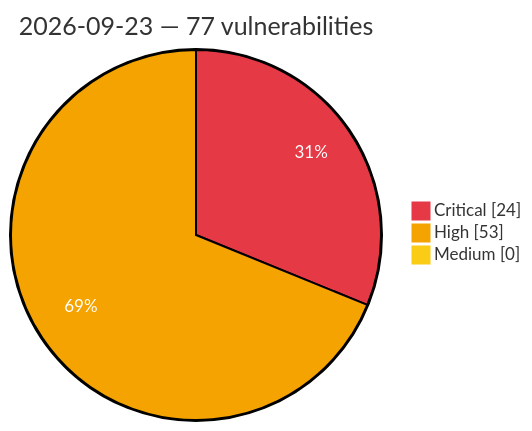
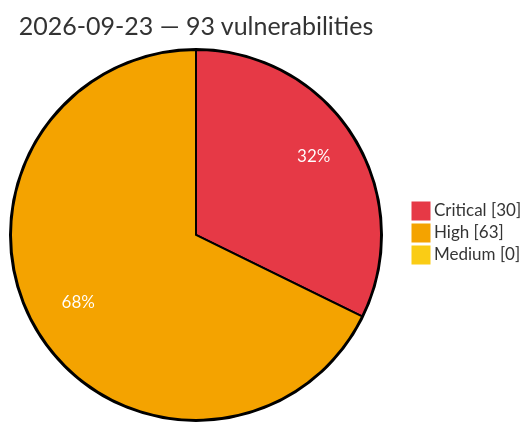
Before and after one commit to GhostX0X/vuln-tracker: the diagram in vulnerabilities/2026/September/2026-09-23.md, drawn with Mermaid. The commit also changed other lines of this file and 5 other files, not shown here.

Commit message:
Auto update: critical/high vulns (2026-09-24 00:29 UTC)

````diff
--- a/vulnerabilities/2026/September/2026-09-23.md
+++ b/vulnerabilities/2026/September/2026-09-23.md
@@ -3,8 +3,8 @@
 ```mermaid
 %%{init: {'theme':'base', 'themeVariables': {'pie1':'#e63946', 'pie2':'#f4a300', 'pie3':'#facc15', 'pieOpacity':'1', 'pieOuterStrokeWidth':'2px', 'pieSectionTextColor':'#ffffff'}}}%%
 pie showData
-    title 2026-09-23 — 77 vulnerabilities
-    "Critical" : 24
-    "High" : 53
+    title 2026-09-23 — 93 vulnerabilities
+    "Critical" : 30
+    "High" : 63
     "Medium" : 0
 ```
````
